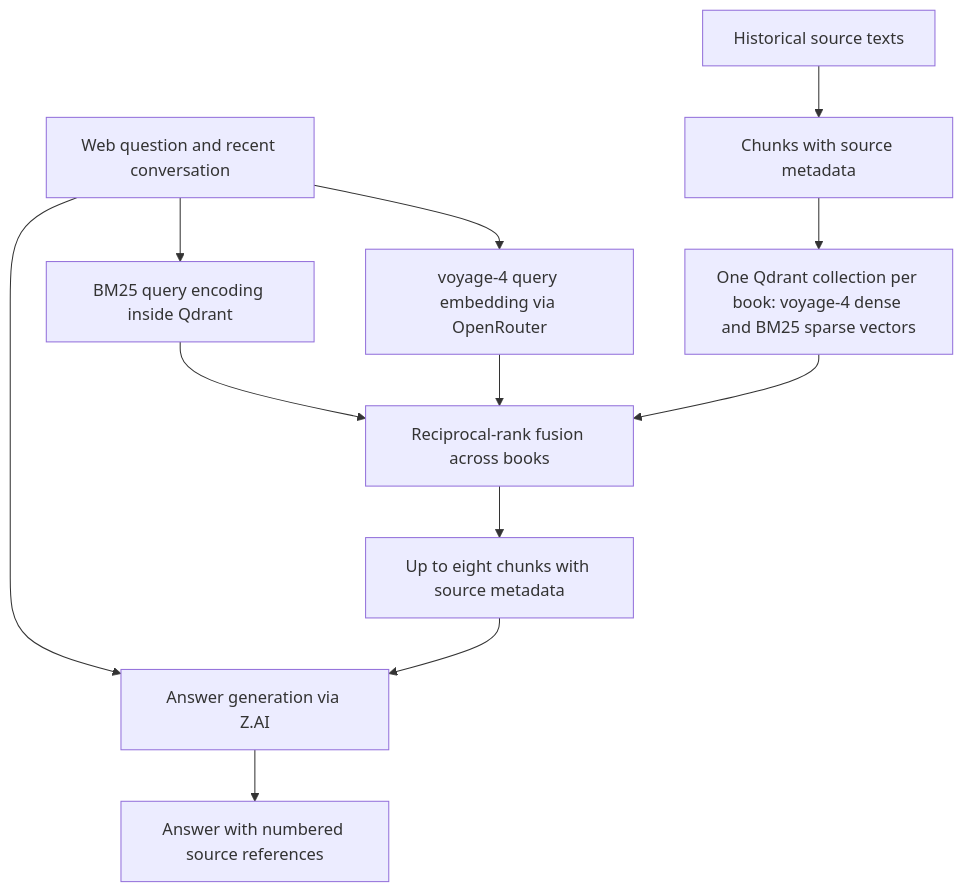
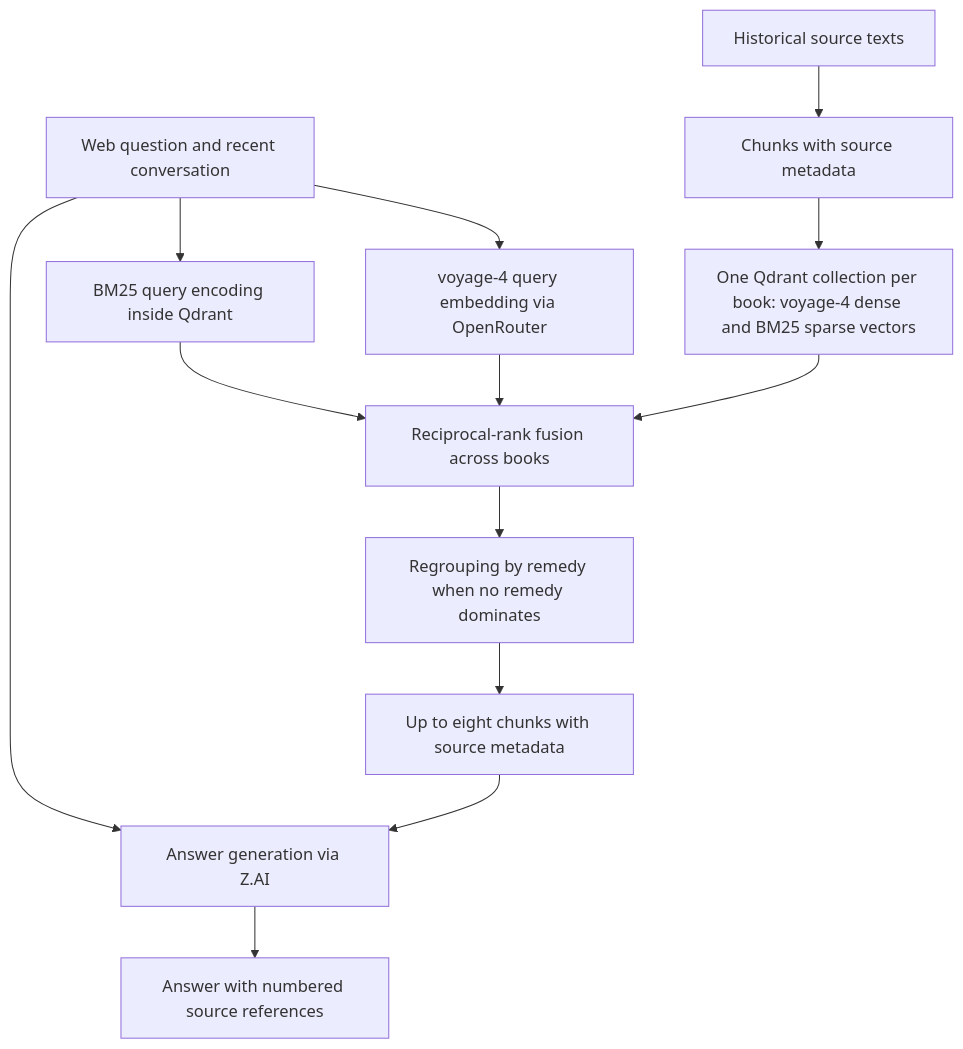
The diagram in README.md (rasagyavatsal/HomeoRemedica), drawn with Mermaid before and after one commit. The commit also changed other lines of this file and 2 other files, not shown here.

````diff
--- a/README.md
+++ b/README.md
@@ -34,14 +35,15 @@
 ```mermaid
 flowchart TD
     A[Historical source texts] --> C[Chunks with source metadata]
     C --> E[One Qdrant collection per book: voyage-4 dense and BM25 sparse vectors]
     Q[Web question and recent conversation] --> K[BM25 query encoding inside Qdrant]
     Q --> V[voyage-4 query embedding via OpenRouter]
     K --> R[Reciprocal-rank fusion across books]
     V --> R
     E --> R
-    R --> P[Up to eight chunks with source metadata]
+    R --> D[Regrouping by remedy when no remedy dominates]
+    D --> P[Up to eight chunks with source metadata]
     Q --> G[Answer generation via Z.AI]
     P --> G
     G --> O[Answer with numbered source references]
 ```
````
